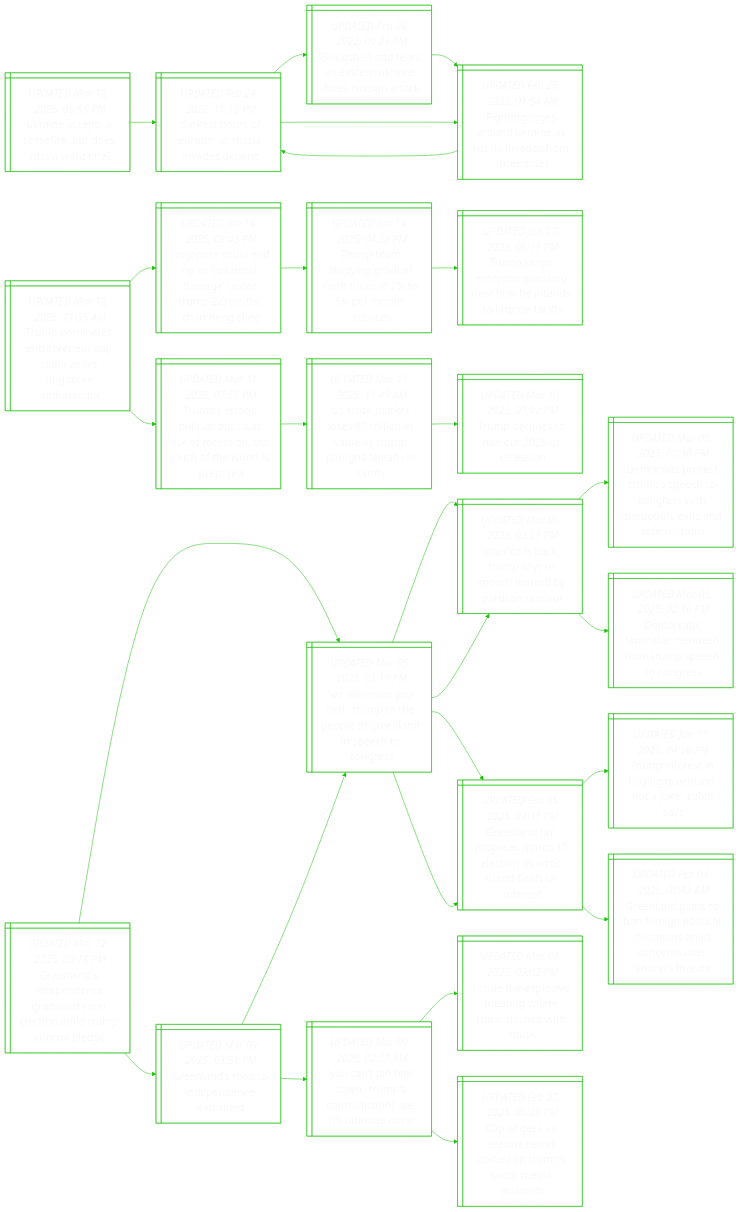
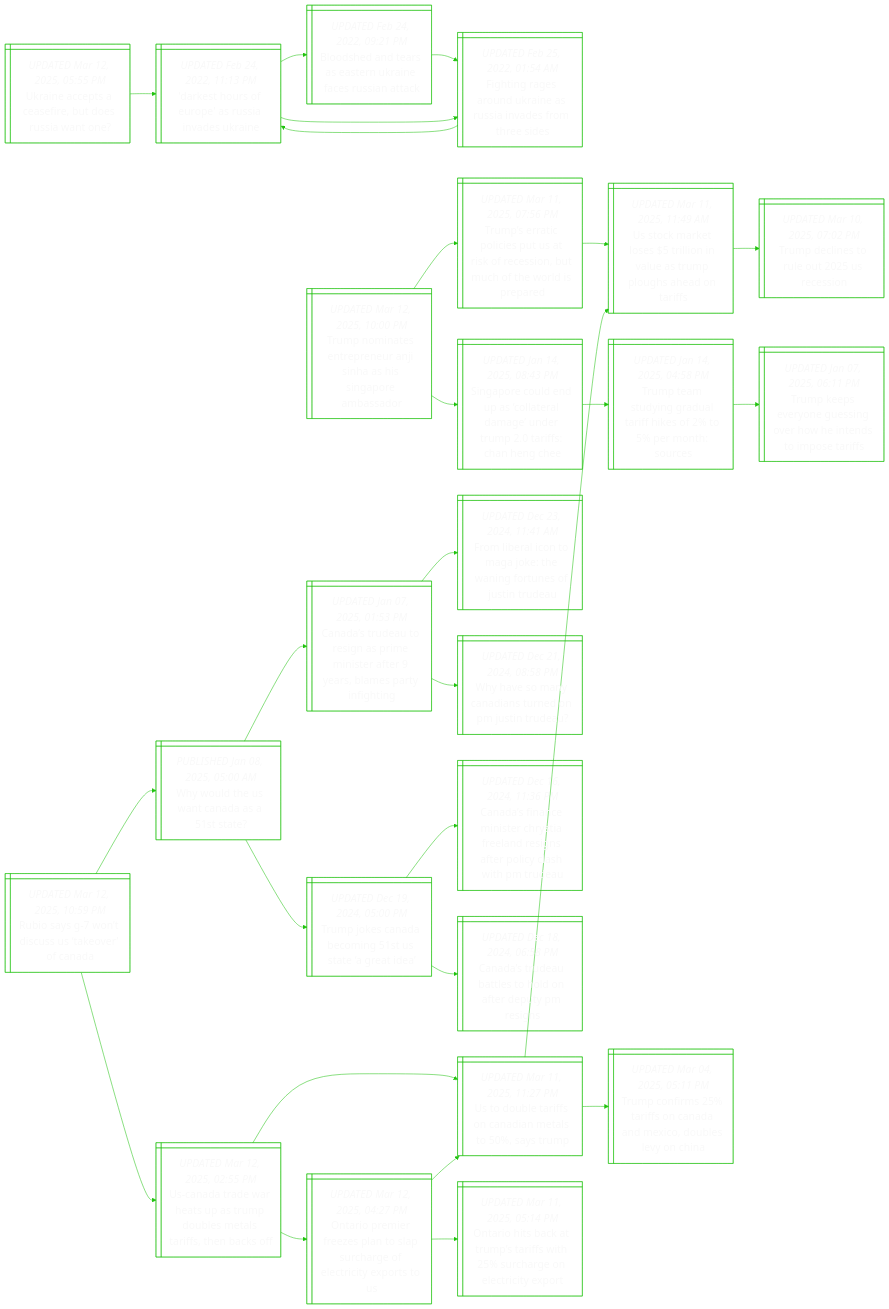
Before and after one commit to notJmes/notJmes: the diagram in README.md, drawn with Mermaid. The commit also changed other lines of this file, not shown here.

````diff
--- a/README.md
+++ b/README.md
@@ -35,7 +35,7 @@
 DsruasvUn:::txtsize --> Figokesnsts:::txtsize
 Figokesnsts:::txtsize --> DsruasvUn:::txtsize
 
-TnanrrSaSpma@{ shape: win-pane, label: "_UPDATED Mar 12, 2025, 11:35 AM_
+TnanrrSaSpma@{ shape: win-pane, label: "_UPDATED Mar 12, 2025, 10:00 PM_
 Trump nominates entrepreneur anji sinha as his singapore ambassador" }
 Sponsalgemihne@{ shape: win-pane, label: "_UPDATED Jan 14, 2025, 08:43 PM_
 Singapore could end up as ‘collateral damage’ under trump 2.0 tariffs: chan heng chee" }
@@ -57,50 +57,50 @@
 TstlsSseitowip:::txtsize --> UcksinlTphaas:::txtsize
 UcksinlTphaas:::txtsize --> Tdnruei:::txtsize
 
-Gliecdsntmunpe@{ shape: win-pane, label: "_UPDATED Mar 12, 2025, 05:18 PM_
-Greenland’s independence gradualists win election amid trump control pledge" }
-WlycmhpGlncos@{ shape: win-pane, label: "_UPDATED Mar 05, 2025, 03:19 PM_
-‘we will make you rich’: trump to the people of greenland in speech to congress" }
-Acauypmdrno@{ shape: win-pane, label: "_UPDATED Mar 05, 2025, 03:51 PM_
-‘america is back,’ trump says in speech marred by partisan rancour" }
-DrrtpeCetrotsns@{ shape: win-pane, label: "_UPDATED Mar 05, 2025, 01:30 PM_
-Democrats protest trump’s speech to congress with disruption, exits and solemn signs" }
-Drlkmfrptg@{ shape: win-pane, label: "_UPDATED Mar 05, 2025, 02:16 PM_
-Democratic lawmaker removed from trump speech to congress" }
-GlMoaloriddns@{ shape: win-pane, label: "_UPDATED Feb 05, 2025, 04:31 PM_
-Greenland pm proposes march 11 election as arctic island fields us interest" }
-Tiebgnnoby@{ shape: win-pane, label: "_UPDATED Jan 31, 2025, 04:26 PM_
-Trump interest in buying greenland ‘not a joke’, rubio says" }
-GlloontdimnsTsa@{ shape: win-pane, label: "_UPDATED Feb 04, 2025, 01:43 AM_
-Greenland plans to ban foreign political donations amid concerns over trump’s threats" }
-Glropnpe@{ shape: win-pane, label: "_UPDATED Mar 09, 2025, 03:51 PM_
-Greenland’s road to independence explained" }
-WlycmhpGlncos@{ shape: win-pane, label: "_UPDATED Mar 05, 2025, 03:19 PM_
-‘we will make you rich’: trump to the people of greenland in speech to congress" }
-Acauypmdrno@{ shape: win-pane, label: "_UPDATED Mar 05, 2025, 03:51 PM_
-‘america is back,’ trump says in speech marred by partisan rancour" }
-GlMoaloriddns@{ shape: win-pane, label: "_UPDATED Feb 05, 2025, 04:31 PM_
-Greenland pm proposes march 11 election as arctic island fields us interest" }
-Ynhwmninhter@{ shape: win-pane, label: "_UPDATED Mar 09, 2025, 02:17 AM_
-‘you can’t pin him down’: trump’s contradictions are his ultimate cover" }
-IexiewRceh@{ shape: win-pane, label: "_UPDATED Mar 08, 2025, 09:02 PM_
-Inside the explosive meeting where rubio clashed with musk" }
-Cfasepduoman@{ shape: win-pane, label: "_UPDATED Feb 27, 2025, 06:26 PM_
-Clip of gaza as seaside resort posted on trump’s social media accounts" }
+Rswiskrn@{ shape: win-pane, label: "_UPDATED Mar 12, 2025, 10:59 PM_
+Rubio says g-7 won’t discuss us ‘takeover’ of canada" }
+Wuenaaa@{ shape: win-pane, label: "_PUBLISHED Jan 08, 2025, 05:00 AM_
+Why would the us want canada as a 51st state?" }
+Cadogrieermrfi@{ shape: win-pane, label: "_UPDATED Jan 07, 2025, 01:53 PM_
+Canada’s trudeau to resign as prime minister after 9 years, blames party infighting" }
+FiltaTnoeuTa@{ shape: win-pane, label: "_UPDATED Dec 23, 2024, 11:41 AM_
+From liberal icon to maga joke: the waning fortunes of justin trudeau" }
+WvannnPtu@{ shape: win-pane, label: "_UPDATED Dec 21, 2024, 08:58 PM_
+Why have so many canadians turned on pm justin trudeau?" }
+TjCamtard@{ shape: win-pane, label: "_UPDATED Dec 19, 2024, 05:00 PM_
+Trump jokes canada becoming 51st us state ‘a great idea’" }
+CaaieyFasapyhPd@{ shape: win-pane, label: "_UPDATED Dec 16, 2024, 11:36 PM_
+Canada’s finance minister chrystia freeland resigns after policy clash with pm trudeau" }
+CadaslfePi@{ shape: win-pane, label: "_UPDATED Dec 18, 2024, 06:58 PM_
+Canada’s trudeau battles to hold on after deputy pm resigns" }
+UaarsTdeartaf@{ shape: win-pane, label: "_UPDATED Mar 12, 2025, 02:55 PM_
+Us-canada trade war heats up as trump doubles metals tariffs, then backs off" }
+Uotfaaasr@{ shape: win-pane, label: "_UPDATED Mar 11, 2025, 11:27 PM_
+Us to double tariffs on canadian metals to 50%, says trump" }
+UcksinlTphaas@{ shape: win-pane, label: "_UPDATED Mar 11, 2025, 11:49 AM_
+Us stock market loses $5 trillion in value as trump ploughs ahead on tariffs" }
+TcrroadcbeC@{ shape: win-pane, label: "_UPDATED Mar 04, 2025, 05:11 PM_
+Trump confirms 25% tariffs on canada and mexico, doubles levy on china" }
+Oimrstphocipt@{ shape: win-pane, label: "_UPDATED Mar 12, 2025, 04:27 PM_
+Ontario premier freezes plan to slap surcharge of electricity exports to us" }
+Oisamrwureryr@{ shape: win-pane, label: "_UPDATED Mar 11, 2025, 05:14 PM_
+Ontario hits back at trump’s tariffs with 25% surcharge on electricity export" }
+Uotfaaasr@{ shape: win-pane, label: "_UPDATED Mar 11, 2025, 11:27 PM_
+Us to double tariffs on canadian metals to 50%, says trump" }
 
-Gliecdsntmunpe:::txtsize --> WlycmhpGlncos:::txtsize
-WlycmhpGlncos:::txtsize --> Acauypmdrno:::txtsize
-Acauypmdrno:::txtsize --> DrrtpeCetrotsns:::txtsize
-Acauypmdrno:::txtsize --> Drlkmfrptg:::txtsize
-WlycmhpGlncos:::txtsize --> GlMoaloriddns:::txtsize
-GlMoaloriddns:::txtsize --> Tiebgnnoby:::txtsize
-GlMoaloriddns:::txtsize --> GlloontdimnsTsa:::txtsize
-Gliecdsntmunpe:::txtsize --> Glropnpe:::txtsize
-Glropnpe:::txtsize --> WlycmhpGlncos:::txtsize
-WlycmhpGlncos:::txtsize --> Acauypmdrno:::txtsize
-WlycmhpGlncos:::txtsize --> GlMoaloriddns:::txtsize
-Glropnpe:::txtsize --> Ynhwmninhter:::txtsize
-Ynhwmninhter:::txtsize --> IexiewRceh:::txtsize
-Ynhwmninhter:::txtsize --> Cfasepduoman:::txtsize
+Rswiskrn:::txtsize --> Wuenaaa:::txtsize
+Wuenaaa:::txtsize --> Cadogrieermrfi:::txtsize
+Cadogrieermrfi:::txtsize --> FiltaTnoeuTa:::txtsize
+Cadogrieermrfi:::txtsize --> WvannnPtu:::txtsize
+Wuenaaa:::txtsize --> TjCamtard:::txtsize
+TjCamtard:::txtsize --> CaaieyFasapyhPd:::txtsize
+TjCamtard:::txtsize --> CadaslfePi:::txtsize
+Rswiskrn:::txtsize --> UaarsTdeartaf:::txtsize
+UaarsTdeartaf:::txtsize --> Uotfaaasr:::txtsize
+Uotfaaasr:::txtsize --> UcksinlTphaas:::txtsize
+Uotfaaasr:::txtsize --> TcrroadcbeC:::txtsize
+UaarsTdeartaf:::txtsize --> Oimrstphocipt:::txtsize
+Oimrstphocipt:::txtsize --> Oisamrwureryr:::txtsize
+Oimrstphocipt:::txtsize --> Uotfaaasr:::txtsize
 
 ```
````
